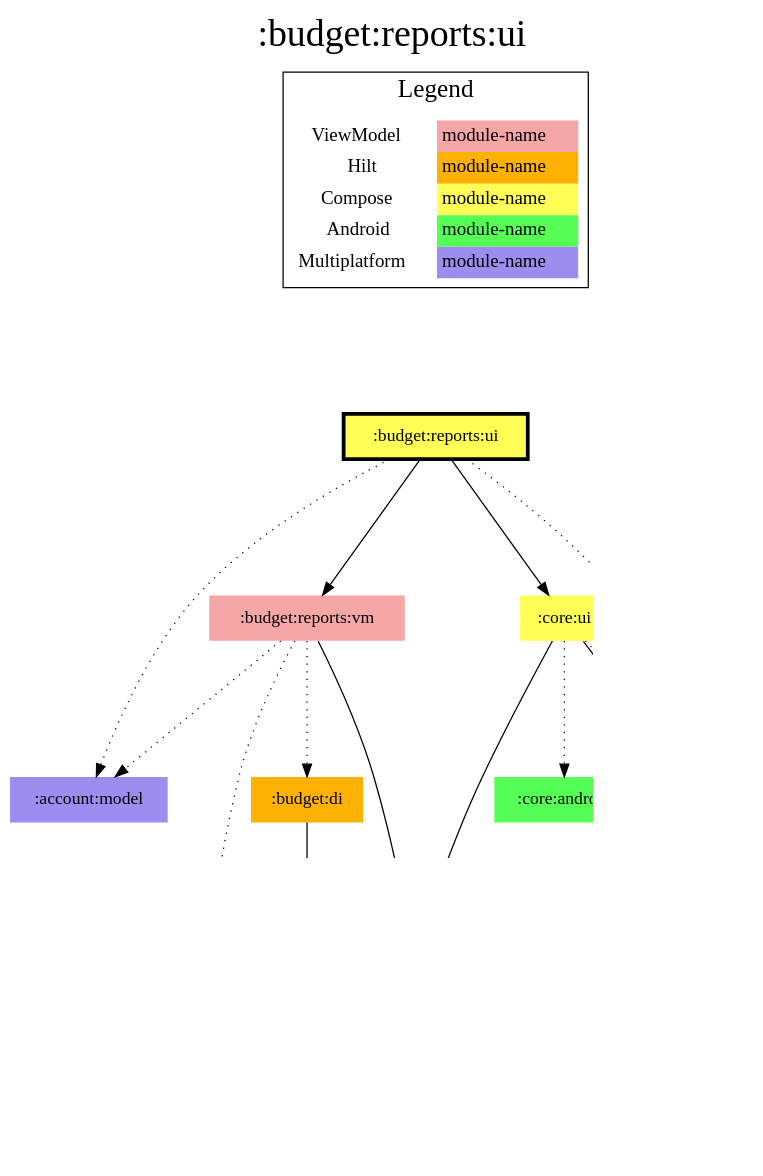
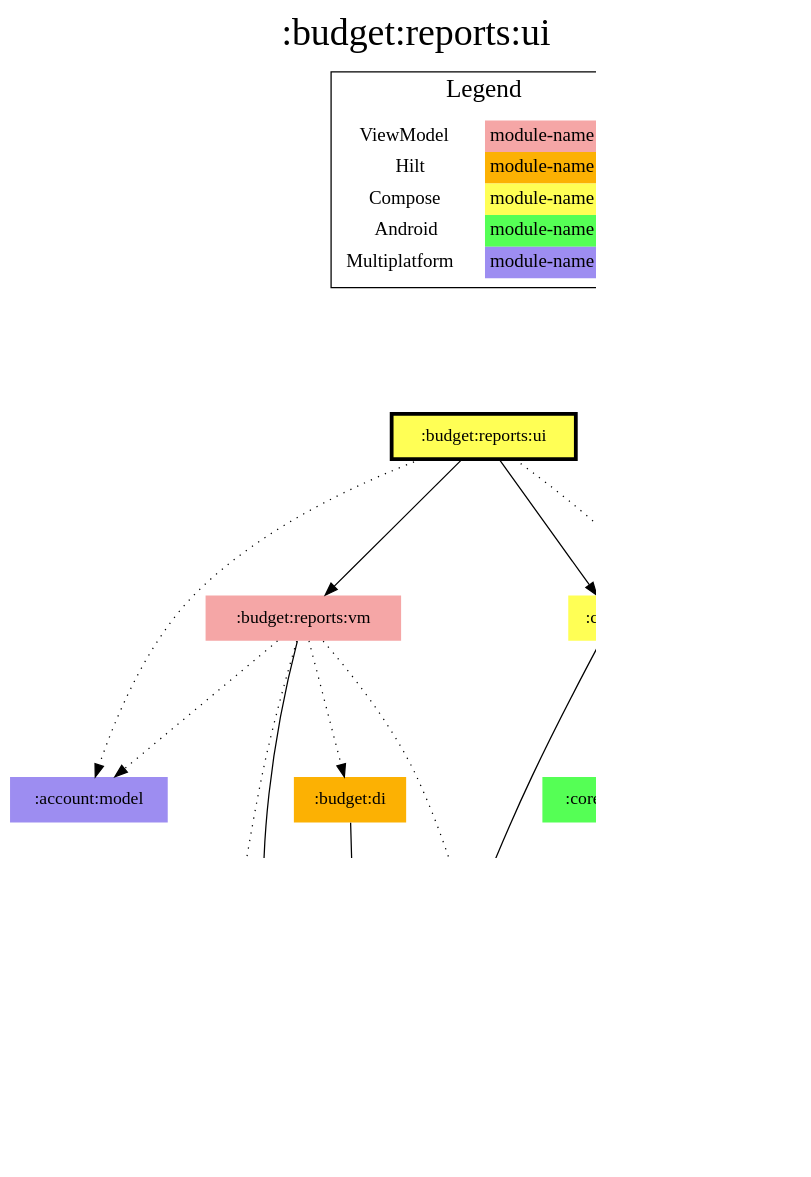
The diagram in modules/budget/reports/ui/modules.dot (jonapoul/aktual), drawn with Graphviz before and after one commit. The commit also changed 102 other files, not shown here.

```diff
--- a/modules/budget/reports/ui/modules.dot
+++ b/modules/budget/reports/ui/modules.dot
@@ -1,48 +1,51 @@
 digraph {
 edge ["dir"="forward"]
 graph ["dpi"="100","label"=":budget:reports:ui","labelloc"="t","fontsize"="30","ranksep"="1.5","rankdir"="TB"]
 node ["style"="filled"]
 ":account:model" ["fillcolor"="#9D8DF1","shape"="none"]
 ":budget:data" ["fillcolor"="#9D8DF1","shape"="none"]
 ":budget:di" ["fillcolor"="#FCB103","shape"="none"]
 ":budget:model" ["fillcolor"="#9D8DF1","shape"="none"]
 ":budget:reports:ui" ["fillcolor"="#FFFF55","color"="black","penwidth"="3","shape"="box"]
 ":budget:reports:vm" ["fillcolor"="#F5A6A6","shape"="none"]
 ":core:android" ["fillcolor"="#55FF55","shape"="none"]
 ":core:model" ["fillcolor"="#9D8DF1","shape"="none"]
 ":core:ui" ["fillcolor"="#FFFF55","shape"="none"]
 ":l10n" ["fillcolor"="#9D8DF1","shape"="none"]
+":logging" ["fillcolor"="#9D8DF1","shape"="none"]
 {
 edge ["dir"="none"]
 graph ["rank"="same"]
 ":budget:reports:ui"
 }
 ":budget:data" -> ":budget:model"
 ":budget:data" -> ":core:model"
+":budget:data" -> ":logging" ["style"="dotted"]
 ":budget:di" -> ":budget:data"
 ":budget:reports:ui" -> ":account:model" ["style"="dotted"]
 ":budget:reports:ui" -> ":budget:reports:vm"
 ":budget:reports:ui" -> ":core:ui"
 ":budget:reports:ui" -> ":l10n" ["style"="dotted"]
 ":budget:reports:vm" -> ":account:model" ["style"="dotted"]
 ":budget:reports:vm" -> ":budget:di" ["style"="dotted"]
 ":budget:reports:vm" -> ":budget:model"
 ":budget:reports:vm" -> ":core:model" ["style"="dotted"]
+":budget:reports:vm" -> ":logging" ["style"="dotted"]
 ":core:ui" -> ":budget:model"
 ":core:ui" -> ":core:android" ["style"="dotted"]
 ":core:ui" -> ":core:model"
 ":core:ui" -> ":l10n" ["style"="dotted"]
 subgraph "cluster_legend" {
 edge ["dir"="none"]
 graph ["label"="Legend","fontsize"="20"]
 "Legend" ["style"="filled","fillcolor"="#FFFFFF","shape"="none","margin"="0","fontsize"="15","label"=<
 <TABLE BORDER="0" CELLBORDER="0" CELLSPACING="0" CELLPADDING="4">
 <TR><TD>ViewModel</TD><TD BGCOLOR="#F5A6A6">module-name</TD></TR>
 <TR><TD>Hilt</TD><TD BGCOLOR="#FCB103">module-name</TD></TR>
 <TR><TD>Compose</TD><TD BGCOLOR="#FFFF55">module-name</TD></TR>
 <TR><TD>Android</TD><TD BGCOLOR="#55FF55">module-name</TD></TR>
 <TR><TD>Multiplatform</TD><TD BGCOLOR="#9D8DF1">module-name</TD></TR>
 </TABLE>
 >]
 } -> ":budget:reports:ui" ["style"="invis"]
 }
```
